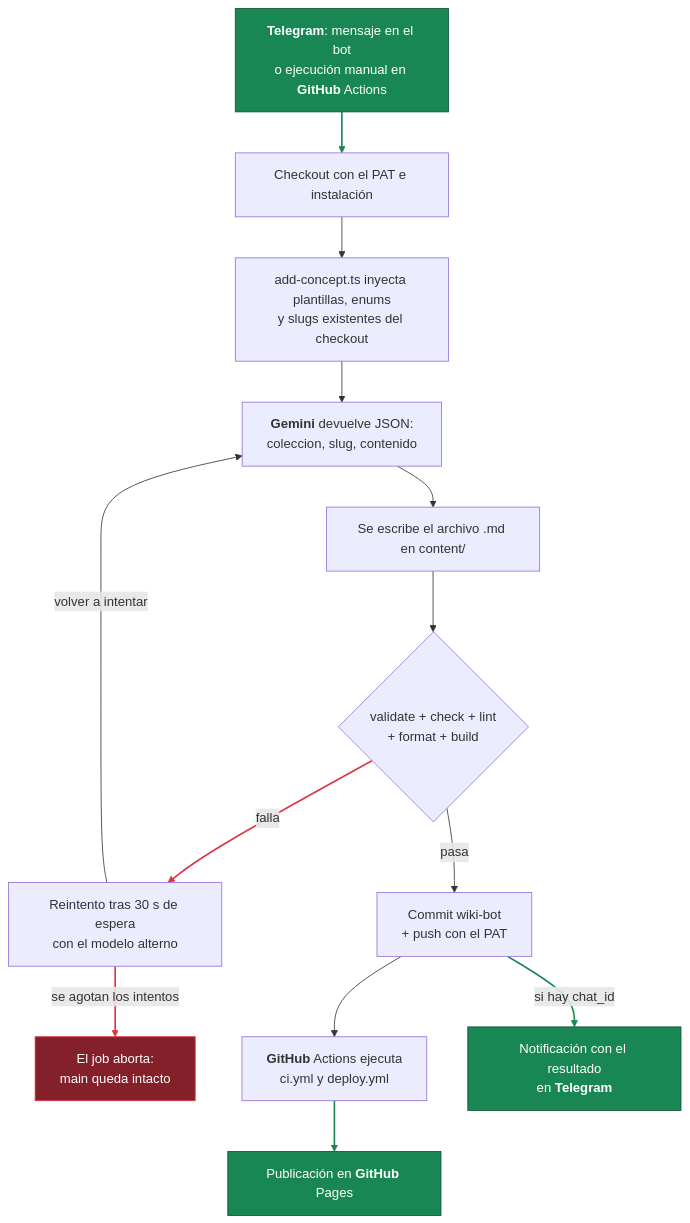
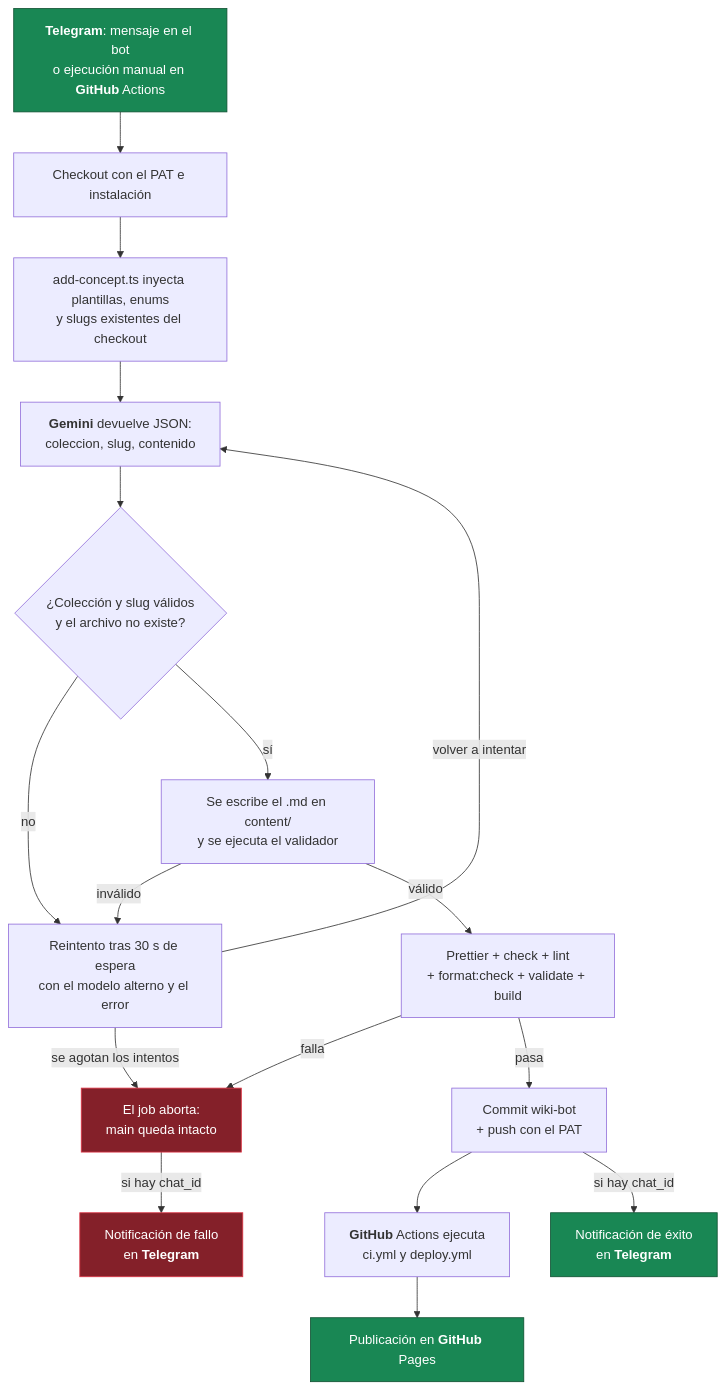
The second of 2 diagrams in specs/telegram-bot.md (kimografico/wiki-dev), drawn with Mermaid before and after one commit. The commit also changed other lines of this file and 4 other files, not shown here.

````diff
--- a/specs/telegram-bot.md
+++ b/specs/telegram-bot.md
@@ -132,34 +145,37 @@
 ```mermaid
 flowchart TD
     A["<b>Telegram</b>: mensaje en el bot<br/>o ejecución manual en <b>GitHub</b> Actions"]:::visible
     B["Checkout con el PAT e instalación"]
     C["add-concept.ts inyecta plantillas, enums<br/>y slugs existentes del checkout"]
     D["<b>Gemini</b> devuelve JSON:<br/>coleccion, slug, contenido"]
-    E["Se escribe el archivo .md en content/"]
-    F{"validate + check + lint<br/>+ format + build"}
-    G["Reintento tras 30 s de espera<br/>con el modelo alterno"]
+    E{"¿Colección y slug válidos<br/>y el archivo no existe?"}
+    F["Se escribe el .md en content/<br/>y se ejecuta el validador"]
+    G["Reintento tras 30 s de espera<br/>con el modelo alterno y el error"]
     H["El job aborta:<br/>main queda intacto"]:::error
-    I["Commit wiki-bot<br/>+ push con el PAT"]
-    J["<b>GitHub</b> Actions ejecuta<br/>ci.yml y deploy.yml"]
-    K["Publicación en <b>GitHub</b> Pages"]:::visible
-    L["Notificación con el resultado<br/>en <b>Telegram</b>"]:::visible
+    I["Prettier + check + lint<br/>+ format:check + validate + build"]
+    J["Commit wiki-bot<br/>+ push con el PAT"]
+    K["<b>GitHub</b> Actions ejecuta<br/>ci.yml y deploy.yml"]
+    L["Publicación en <b>GitHub</b> Pages"]:::visible
+    M["Notificación de éxito<br/>en <b>Telegram</b>"]:::visible
+    N["Notificación de fallo<br/>en <b>Telegram</b>"]:::error
 
     A --> B
     B --> C
     C --> D
     D --> E
-    E --> F
-    F -- "falla" --> G
+    E -- "no" --> G
+    E -- "sí" --> F
+    F -- "inválido" --> G
+    F -- "válido" --> I
     G -- "volver a intentar" --> D
     G -- "se agotan los intentos" --> H
-    F -- "pasa" --> I
-    I --> J
+    I -- "falla" --> H
+    I -- "pasa" --> J
     J --> K
-    I -- "si hay chat_id" --> L
+    K --> L
+    J -- "si hay chat_id" --> M
+    H -- "si hay chat_id" --> N
 
     classDef visible fill:#198754,stroke:#0f5132,color:#ffffff
     classDef error fill:#842029,stroke:#dc3545,color:#ffffff
-
-    linkStyle 0,10,11 stroke:#198754,stroke-width:2px
-    linkStyle 5,7 stroke:#dc3545,stroke-width:2px
 ```
````
